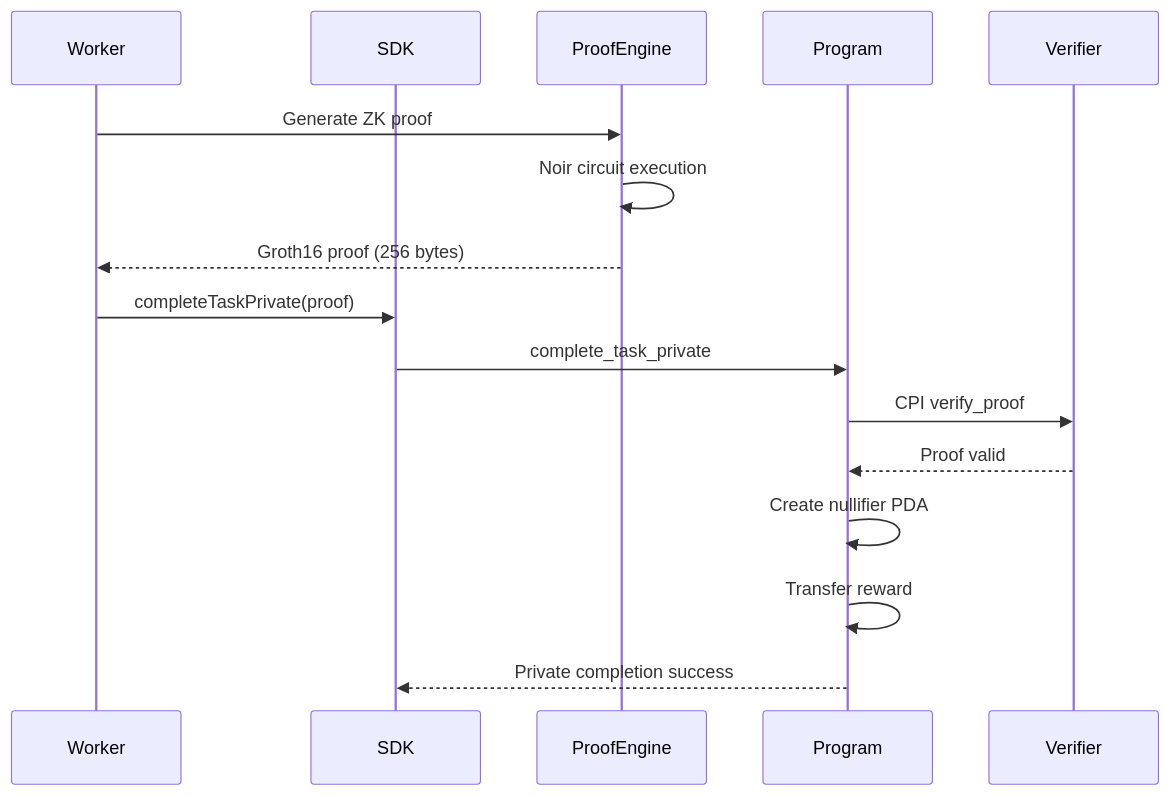
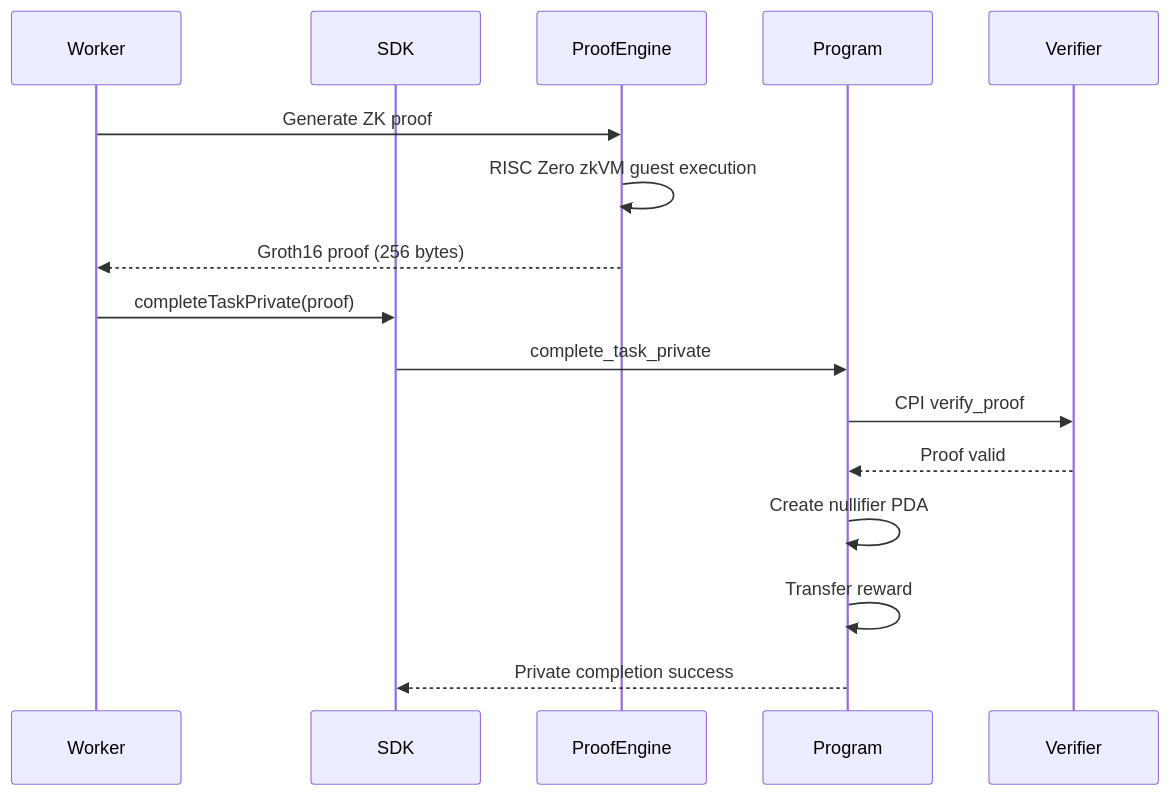
The second of 4 diagrams in docs/architecture/flows/task-lifecycle.md (tetsuo-ai/AgenC), drawn with Mermaid before and after one commit. The commit also changed 28 other files, not shown here.

First line of the commit message:
chore: purge legacy ZK references, complete RISC Zero migration (#1216)

````diff
--- a/docs/architecture/flows/task-lifecycle.md
+++ b/docs/architecture/flows/task-lifecycle.md
@@ -44,19 +44,19 @@
 ```mermaid
 sequenceDiagram
     participant Worker
     participant SDK
     participant ProofEngine
     participant Program
     participant Verifier
 
     Worker->>ProofEngine: Generate ZK proof
-    ProofEngine->>ProofEngine: Noir circuit execution
+    ProofEngine->>ProofEngine: RISC Zero zkVM guest execution
     ProofEngine-->>Worker: Groth16 proof (256 bytes)
     Worker->>SDK: completeTaskPrivate(proof)
     SDK->>Program: complete_task_private
     Program->>Verifier: CPI verify_proof
     Verifier-->>Program: Proof valid
     Program->>Program: Create nullifier PDA
     Program->>Program: Transfer reward
     Program-->>SDK: Private completion success
 ```
````
